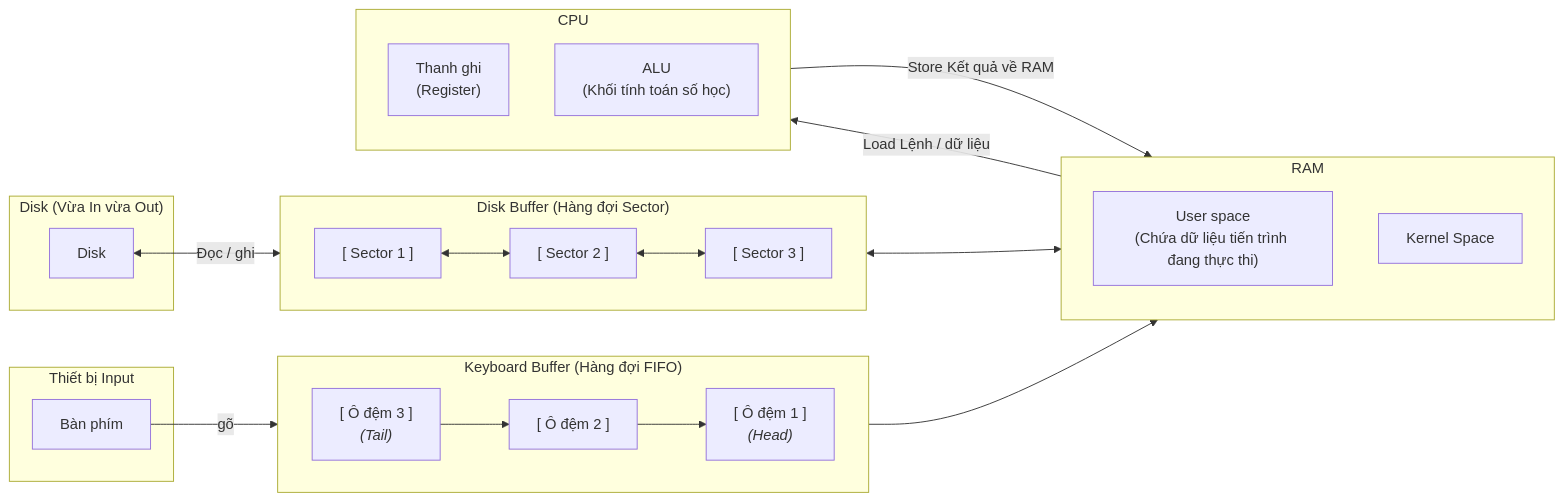
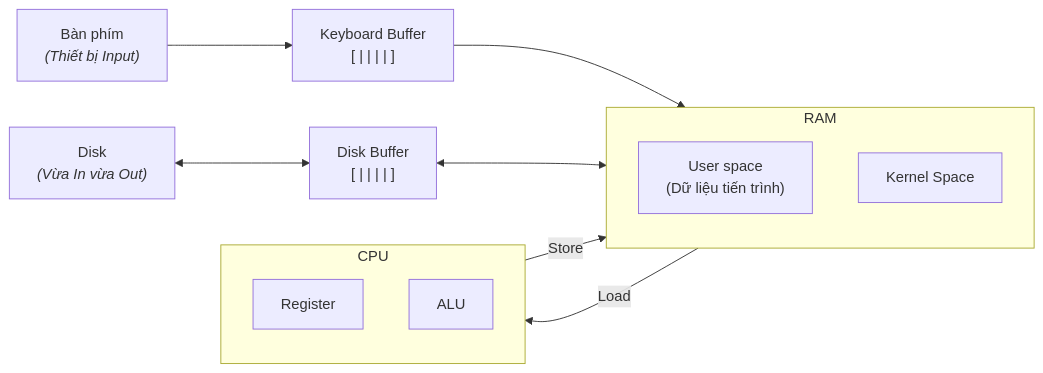
The fifth of 10 diagrams in OperatingSystem/OS_scratch/Concepts_OS/Intro_OS/Lession4.md (Duc-Lee/LLMserving_GPUoptimization), drawn with Mermaid before and after one commit. The commit also changed other lines of this file, not shown here.

````diff
--- a/OperatingSystem/OS_scratch/Concepts_OS/Intro_OS/Lession4.md
+++ b/OperatingSystem/OS_scratch/Concepts_OS/Intro_OS/Lession4.md
@@ -78,42 +78,23 @@
 ```mermaid
 flowchart LR
-    subgraph INPUT_DEV ["Thiết bị Input"]
-        KB["Bàn phím"]
-    end
+    KB["Bàn phím<br/><i>(Thiết bị Input)</i>"] --> KB_BUF["Keyboard Buffer<br/>[ | | | | ]"]
+    KB_BUF --> US
 
-    subgraph KB_BUF ["Keyboard Buffer (Hàng đợi FIFO)"]
-        direction LR
-        K_IN["[ Ô đệm 3 ]<br/><i>(Tail)</i>"] --> K_MID["[ Ô đệm 2 ]"] --> K_OUT["[ Ô đệm 1 ]<br/><i>(Head)</i>"]
-    end
-
-    subgraph DISK_DEV ["Disk (Vừa In vừa Out)"]
-        DISK["Disk"]
-    end
-
-    subgraph DISK_BUF ["Disk Buffer (Hàng đợi Sector)"]
-        direction LR
-        D_S1["[ Sector 1 ]"] <--> D_S2["[ Sector 2 ]"]
-        D_S2 <--> D_S3["[ Sector 3 ]"]
-    end
+    DISK["Disk<br/><i>(Vừa In vừa Out)</i>"] <--> DISK_BUF["Disk Buffer<br/>[ | | | | ]"]
+    DISK_BUF <--> US
 
     subgraph RAM ["RAM"]
         direction TB
-        US["User space<br/>(Chứa dữ liệu tiến trình đang thực thi)"]
         KS["Kernel Space"]
+        US["User space<br/>(Dữ liệu tiến trình)"]
     end
+
+    US -->|"Load"| REG["Register"]
+    ALU["ALU"] -->|"Store"| US
 
     subgraph CPU ["CPU"]
         direction TB
-        REG["Thanh ghi<br/>(Register)"]
-        ALU["ALU<br/>(Khối tính toán số học)"]
+        REG
+        ALU
     end
-
-    KB -->|"gõ"| K_IN
-    K_OUT --> US
-
-    DISK <--> |"Đọc / ghi"| D_S1
-    D_S3 <--> US
-
-    US -->|"Load Lệnh / dữ liệu"| REG
-    ALU -->|"Store Kết quả về RAM"| US
 ```
````
